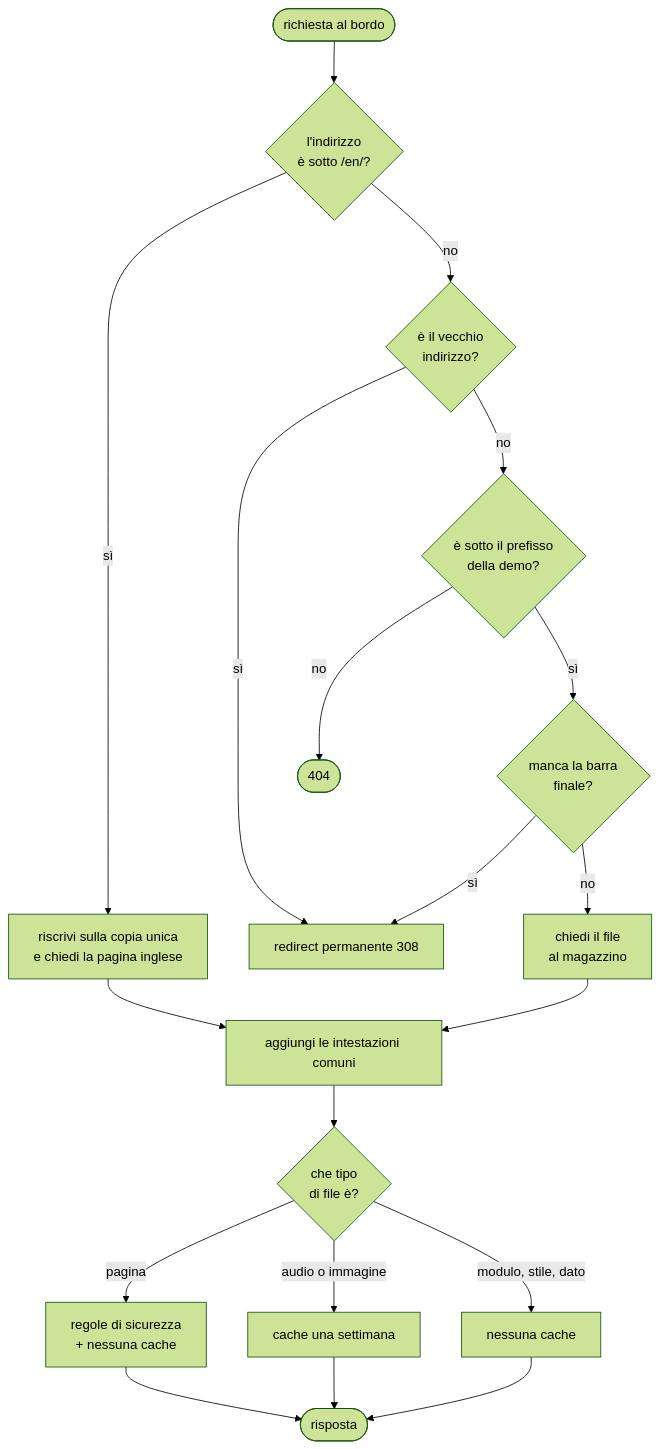
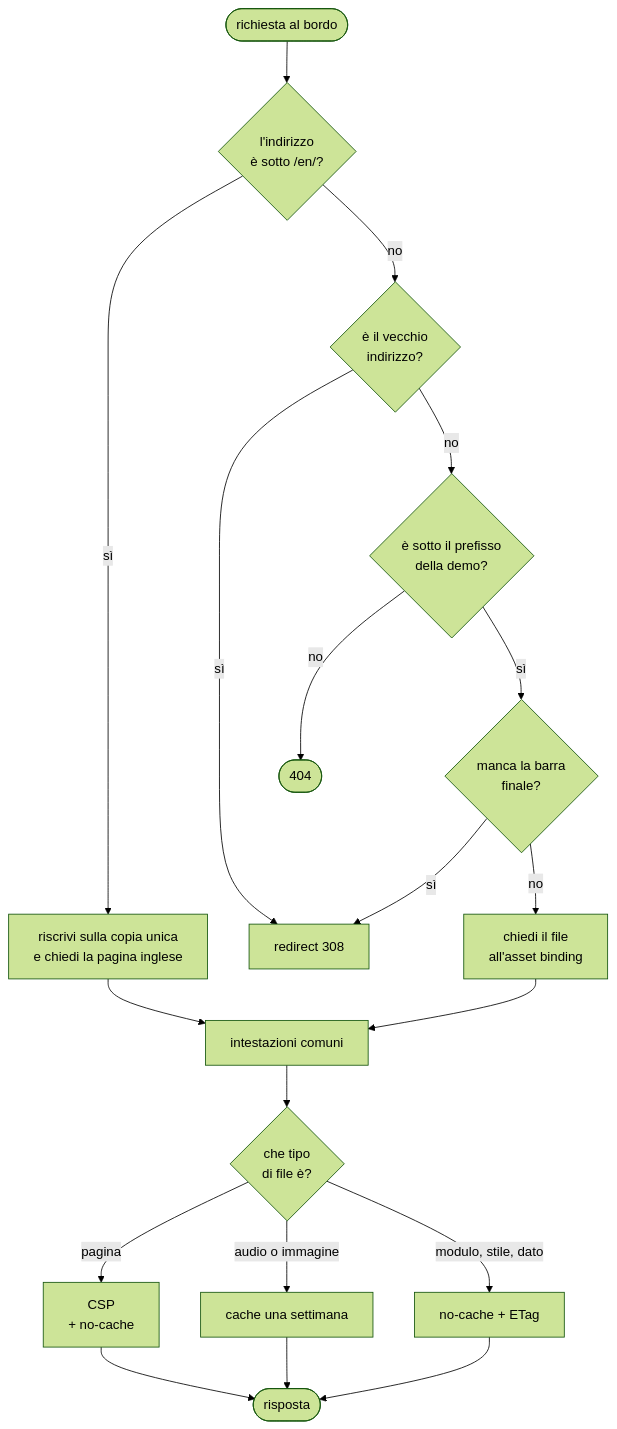
The diagram in doc/docs/ingegneria/deploy-e-infrastruttura.mdx (ale-ehp/retro-future), drawn with Mermaid (forest theme) before and after one commit. The commit also changed other lines of this file and 22 other files, not shown here.

````diff
--- a/doc/docs/ingegneria/deploy-e-infrastruttura.mdx
+++ b/doc/docs/ingegneria/deploy-e-infrastruttura.mdx
@@ -61,21 +60,21 @@
 ```mermaid
 flowchart TB
   A([richiesta al bordo]) --> B{l'indirizzo<br/>è sotto /en/?}
   B -->|sì| C[riscrivi sulla copia unica<br/>e chiedi la pagina inglese]
   B -->|no| D{è il vecchio<br/>indirizzo?}
-  D -->|sì| E[redirect permanente 308]
+  D -->|sì| E[redirect 308]
   D -->|no| F{è sotto il prefisso<br/>della demo?}
   F -->|no| G([404])
   F -->|sì| H{manca la barra<br/>finale?}
   H -->|sì| E
-  H -->|no| I[chiedi il file<br/>al magazzino]
-  C --> J[aggiungi le intestazioni comuni]
+  H -->|no| I[chiedi il file<br/>all'asset binding]
+  C --> J[intestazioni comuni]
   I --> J
   J --> K{che tipo<br/>di file è?}
-  K -->|pagina| L[regole di sicurezza<br/>+ nessuna cache]
+  K -->|pagina| L[CSP<br/>+ no-cache]
   K -->|audio o immagine| M[cache una settimana]
-  K -->|modulo, stile, dato| N[nessuna cache]
+  K -->|modulo, stile, dato| N[no-cache + ETag]
   L --> O([risposta])
   M --> O
   N --> O
 ```
````
